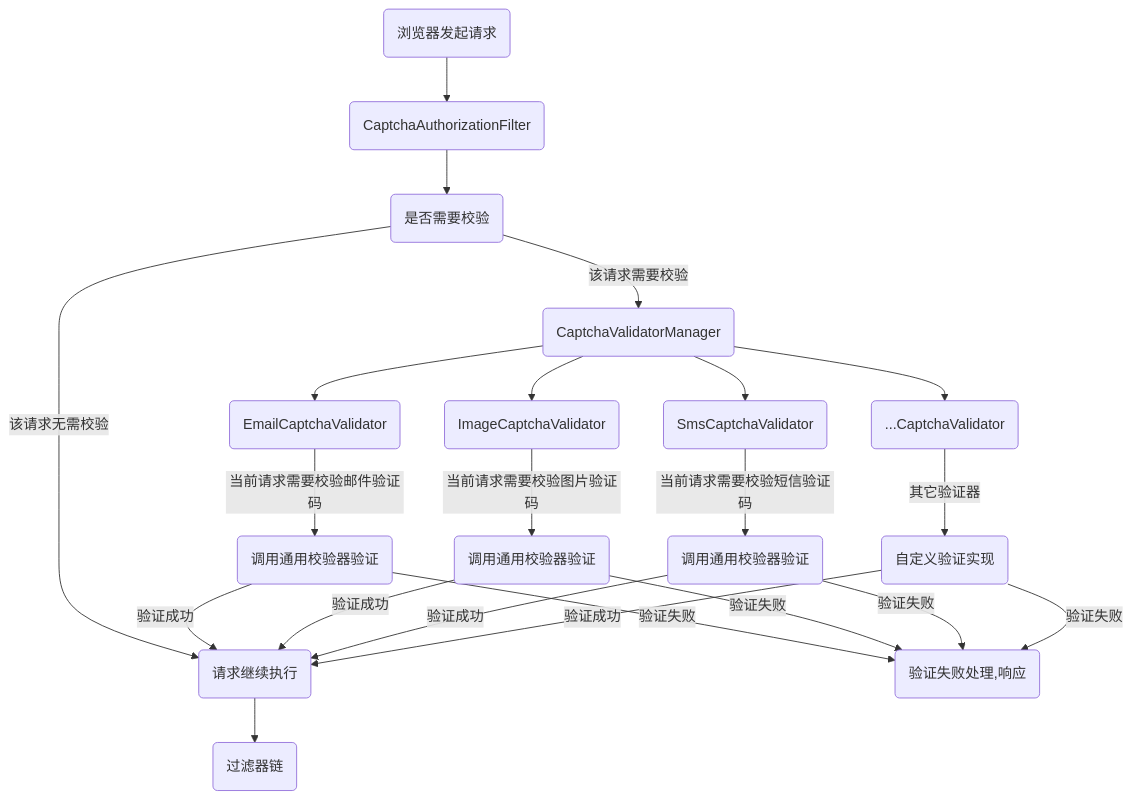
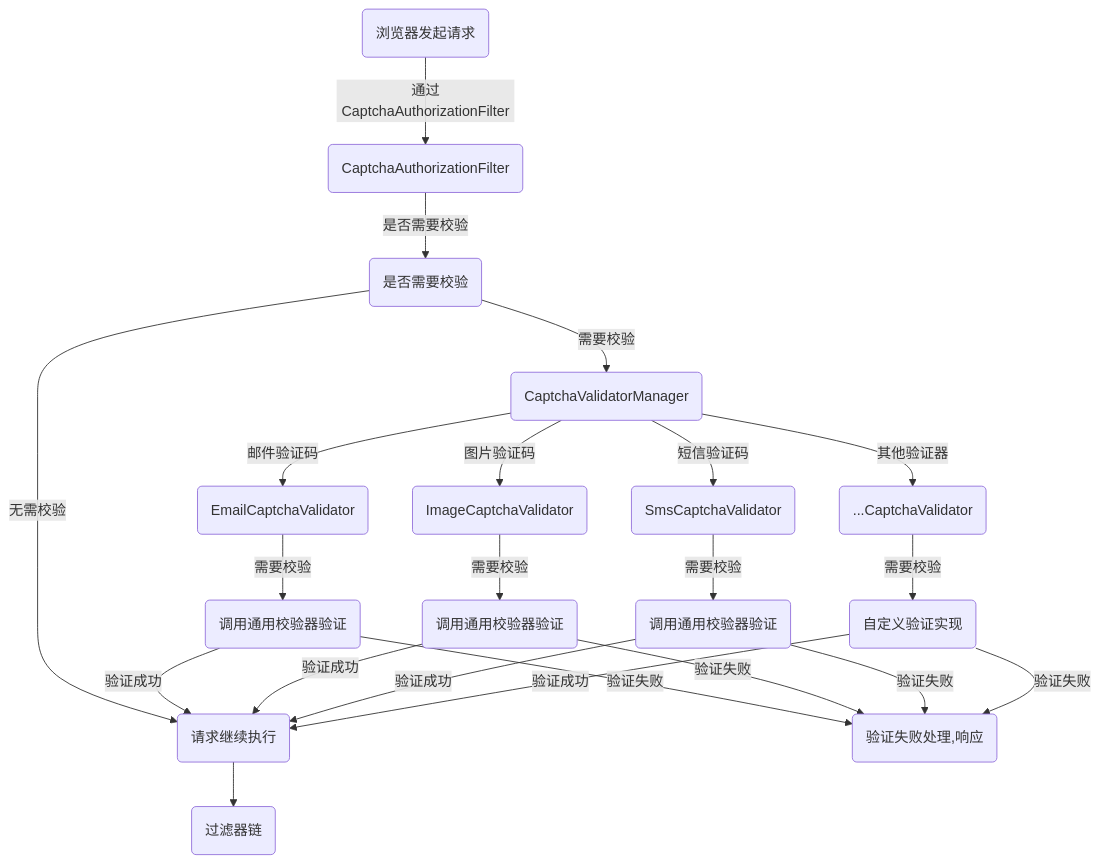
One commit to vains-Sofia/oauth2-security-spring-boot-starter changed the first of 3 diagrams in README.md. Above: the diagram before and after it, drawn with Mermaid.

Commit message:
优化流程图

````diff
--- a/README.md
+++ b/README.md
@@ -237,28 +237,29 @@
 ```mermaid
-graph TB
-	start(浏览器发起请求) --> filter(CaptchaAuthorizationFilter)
-	filter --> a(是否需要校验)
-	a --> |该请求无需校验| c(请求继续执行)
-	c --> chain(过滤器链)
-	a --> |该请求需要校验| manager(CaptchaValidatorManager)
-	manager --> email(EmailCaptchaValidator)
-	manager --> image(ImageCaptchaValidator)
-	manager --> sms(SmsCaptchaValidator)
-	manager --> other(...CaptchaValidator)
-	
-	email --> |当前请求需要校验邮件验证码| b(调用通用校验器验证)
-	image --> |当前请求需要校验图片验证码| d(调用通用校验器验证)
-	sms --> |当前请求需要校验短信验证码| e(调用通用校验器验证)
-	other --> |其它验证器| f(自定义验证实现)
-	
-	failure(验证失败处理,响应)
-	b --> |验证失败| failure 
-	d --> |验证失败| failure 
-	e --> |验证失败| failure
-	f --> |验证失败| failure
-	
-	b --> |验证成功| c 
-	d --> |验证成功| c
-	e --> |验证成功| c
-	f --> |验证成功| c
+graph TD
+    start(浏览器发起请求) -->|通过CaptchaAuthorizationFilter| cFilter(CaptchaAuthorizationFilter)
+    cFilter -->|是否需要校验| a(是否需要校验)
+    a -->|无需校验| c(请求继续执行)
+    a -->|需要校验| manager(CaptchaValidatorManager)
+    c --> chain(过滤器链)
+
+    manager -->|邮件验证码| email(EmailCaptchaValidator)
+    manager -->|图片验证码| image(ImageCaptchaValidator)
+    manager -->|短信验证码| sms(SmsCaptchaValidator)
+    manager -->|其他验证器| other(...CaptchaValidator)
+
+    email -->|需要校验| b(调用通用校验器验证)
+    image -->|需要校验| d(调用通用校验器验证)
+    sms -->|需要校验| e(调用通用校验器验证)
+    other -->|需要校验| f(自定义验证实现)
+
+    b -->|验证失败| failure(验证失败处理,响应)
+    d -->|验证失败| failure
+    e -->|验证失败| failure
+    f -->|验证失败| failure
+
+    b -->|验证成功| c
+    d -->|验证成功| c
+    e -->|验证成功| c
+    f -->|验证成功| c
+
 ```
````
